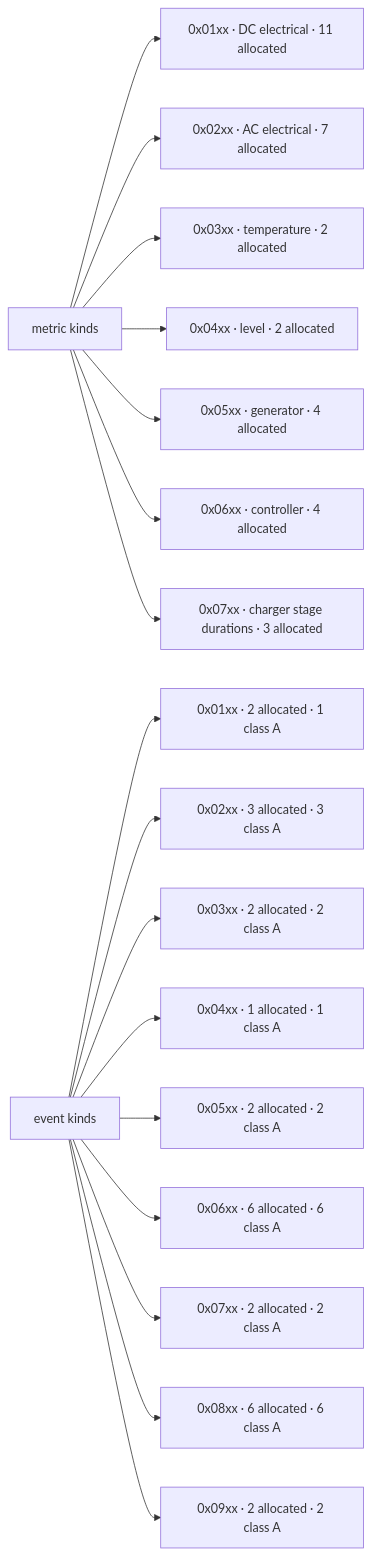
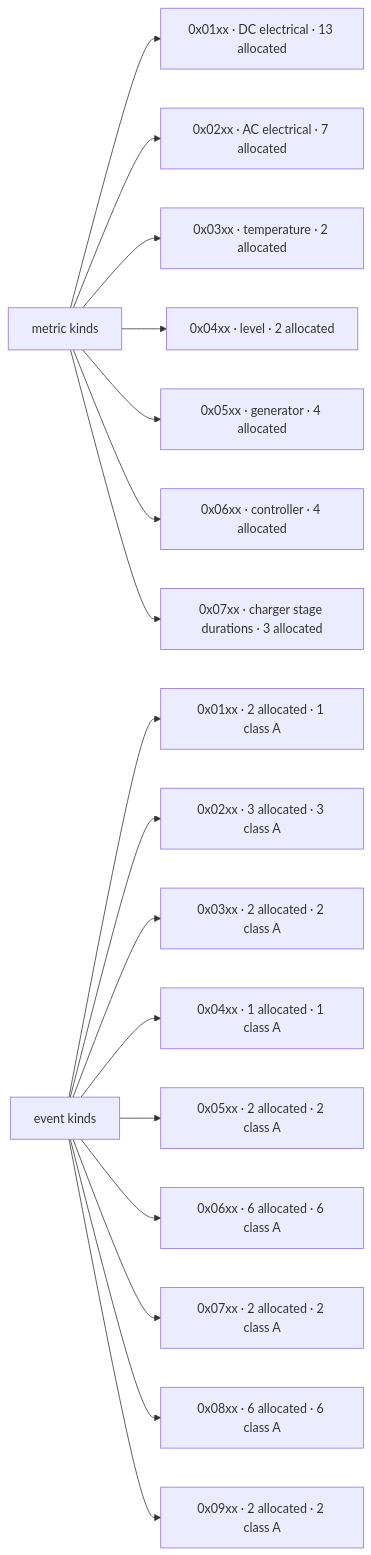
The second of 2 diagrams in docs/protocol/MAP.md (origin89hq/km43), drawn with Mermaid before and after one commit. The commit also changed 18 other files, not shown here.

````diff
--- a/docs/protocol/MAP.md
+++ b/docs/protocol/MAP.md
@@ -134,21 +134,21 @@
 ```mermaid
 flowchart LR
   metrics["metric kinds"]
   events["event kinds"]
-  metrics --> m1["0x01xx · DC electrical · 11 allocated"]
+  metrics --> m1["0x01xx · DC electrical · 13 allocated"]
   metrics --> m2["0x02xx · AC electrical · 7 allocated"]
   metrics --> m3["0x03xx · temperature · 2 allocated"]
   metrics --> m4["0x04xx · level · 2 allocated"]
   metrics --> m5["0x05xx · generator · 4 allocated"]
   metrics --> m6["0x06xx · controller · 4 allocated"]
   metrics --> m7["0x07xx · charger stage durations · 3 allocated"]
   events --> e1["0x01xx · 2 allocated · 1 class A"]
   events --> e2["0x02xx · 3 allocated · 3 class A"]
   events --> e3["0x03xx · 2 allocated · 2 class A"]
   events --> e4["0x04xx · 1 allocated · 1 class A"]
   events --> e5["0x05xx · 2 allocated · 2 class A"]
   events --> e6["0x06xx · 6 allocated · 6 class A"]
   events --> e7["0x07xx · 2 allocated · 2 class A"]
   events --> e8["0x08xx · 6 allocated · 6 class A"]
   events --> e9["0x09xx · 2 allocated · 2 class A"]
 ```
````
